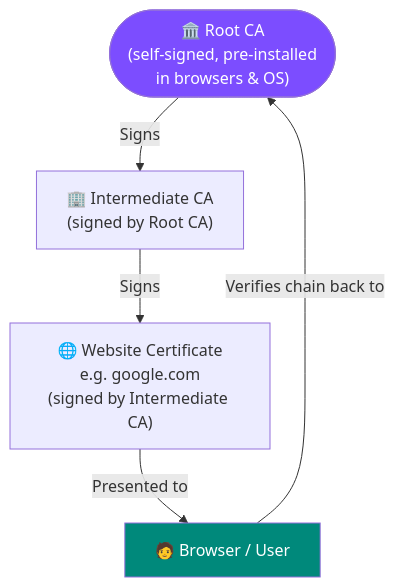
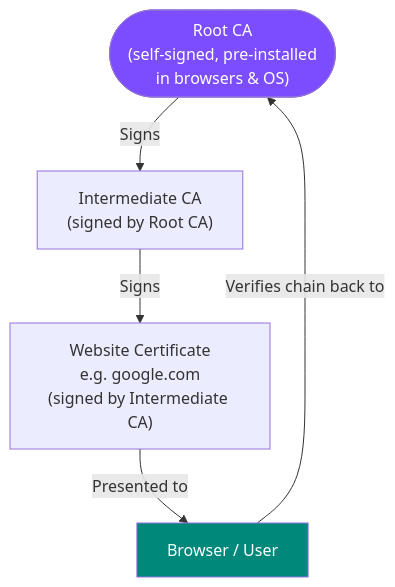
The second of 2 diagrams in docs/signatures.md (sabrinahaniff/CIS4520-Notes), drawn with Mermaid before and after one commit. The commit also changed other lines of this file and 1 other file, not shown here.

Commit message:
fix format again

````diff
--- a/docs/signatures.md
+++ b/docs/signatures.md
@@ -330,15 +330,15 @@
 ```mermaid
 flowchart TD
-    R(["🏛️ Root CA\n(self-signed, pre-installed\nin browsers & OS)"])
-    I["🏢 Intermediate CA\n(signed by Root CA)"]
-    W["🌐 Website Certificate\ne.g. google.com\n(signed by Intermediate CA)"]
-    B["🧑 Browser / User"]
+    R([" Root CA\n(self-signed, pre-installed\nin browsers & OS)"])
+    I[" Intermediate CA\n(signed by Root CA)"]
+    W[" Website Certificate\ne.g. google.com\n(signed by Intermediate CA)"]
+    B[" Browser / User"]
 
     R -->|"Signs"| I
     I -->|"Signs"| W
     W -->|"Presented to"| B
     B -->|"Verifies chain back to"| R
 
     style R fill:#7c4dff,color:#fff
     style B fill:#00897b,color:#fff
 ```
````
